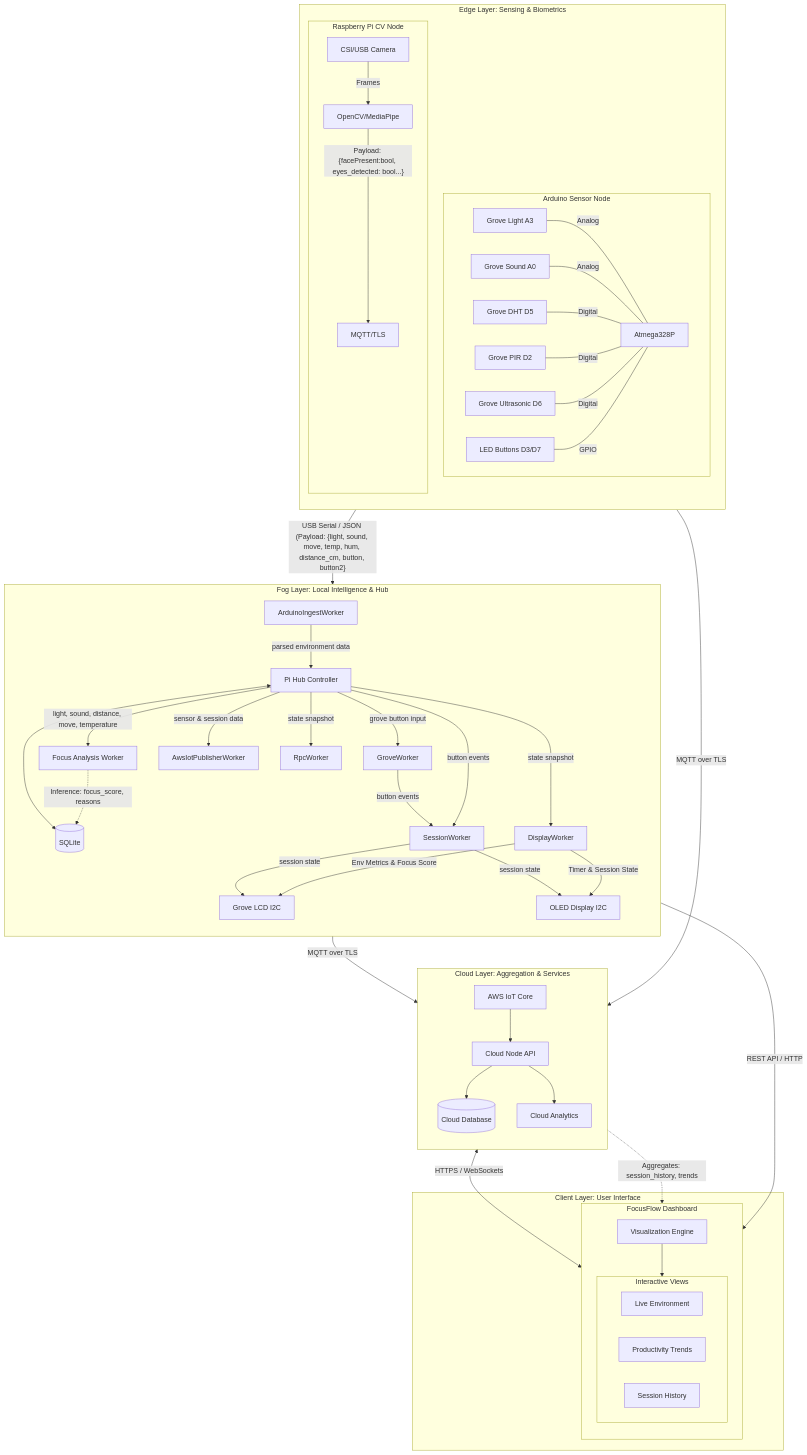
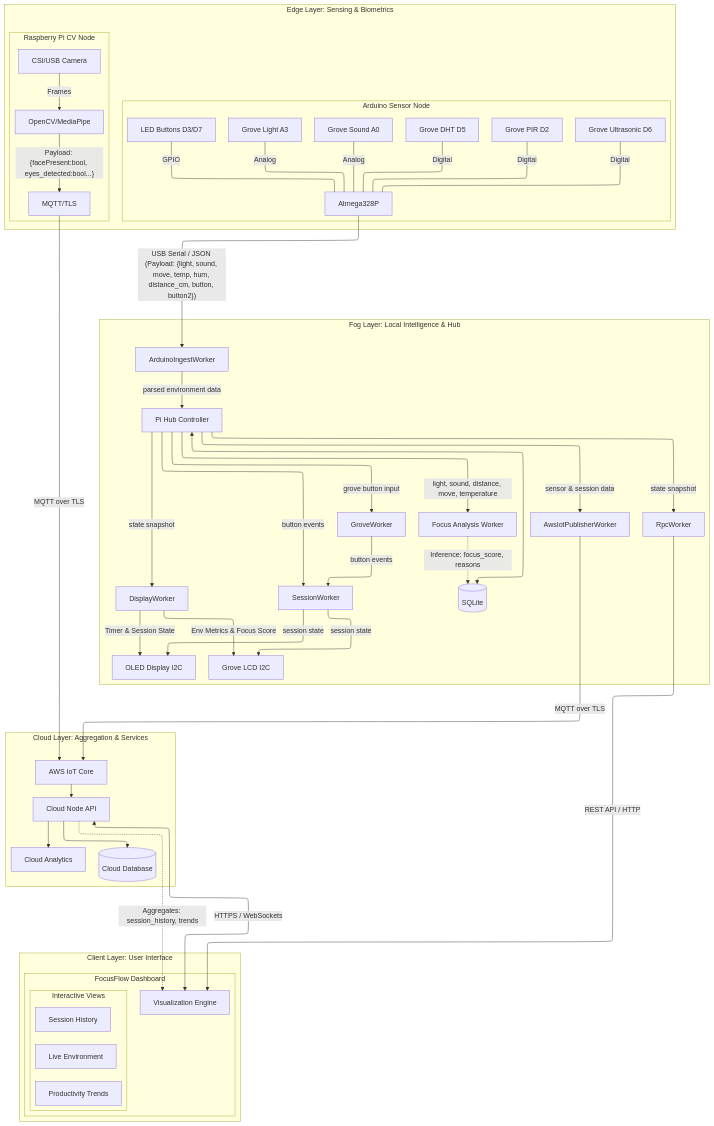
Before and after one commit to MichalisCYP/CMT223: the diagram in docs/2. Architecture and Design/SystemArchitecture.md, drawn with Mermaid. The commit also changed 3 other files, not shown here.

````diff
--- a/docs/2. Architecture and Design/SystemArchitecture.md
+++ b/docs/2. Architecture and Design/SystemArchitecture.md
@@ -7,89 +7,98 @@
 ```mermaid
+%%{init: {"flowchart": {"defaultRenderer": "elk", "htmlLabels": true}}}%%
 flowchart TB
- subgraph ARD["Arduino Sensor Node"]
-    direction LR
-        MCU["Atmega328P"]
-        S1["Grove Light A3"]
-        S2["Grove Sound A0"]
-        S3["Grove DHT D5"]
-        S4["Grove PIR D2"]
-        S5["Grove Ultrasonic D6"]
-        A1["LED Buttons D3/D7"]
-  end
- subgraph CV["Raspberry Pi CV Node"]
-        PROC["OpenCV/MediaPipe"]
-        CAM["CSI/USB Camera"]
-        SEC1["MQTT/TLS"]
-  end
- subgraph EDGE["Edge Layer: Sensing & Biometrics"]
-    direction TB
-        ARD
-        CV
-  end
- subgraph FOG["Fog Layer: Local Intelligence & Hub"]
-    direction TB
+    %% LAYOUT CONTROL
+    subgraph EDGE["Edge Layer: Sensing & Biometrics"]
+        direction LR
+        subgraph ARD["Arduino Sensor Node"]
+            direction TB
+            MCU["Atmega328P"]
+            S1["Grove Light A3"]
+            S2["Grove Sound A0"]
+            S3["Grove DHT D5"]
+            S4["Grove PIR D2"]
+            S5["Grove Ultrasonic D6"]
+            A1["LED Buttons D3/D7"]
+        end
+        subgraph CV["Raspberry Pi CV Node"]
+            direction TB
+            CAM["CSI/USB Camera"]
+            PROC["OpenCV/MediaPipe"]
+            SEC1["MQTT/TLS"]
+        end
+    end
+
+    subgraph FOG["Fog Layer: Local Intelligence & Hub"]
+        direction LR
         HUB["Pi Hub Controller"]
         DB1[("SQLite")]
         ALGO["Focus Analysis Worker"]
         INGEST["ArduinoIngestWorker"]
-            GROVE["GroveWorker"]
+        GROVE["GroveWorker"]
         SESSION["SessionWorker"]
         DIS["DisplayWorker"]
         PUB["AwsIotPublisherWorker"]
         RPC["RpcWorker"]
         LCD["Grove LCD I2C"]
         OLED["OLED Display I2C"]
-  end
- subgraph CLOUD["Cloud Layer: Aggregation & Services"]
-    direction TB
+    end
+
+    subgraph CLOUD["Cloud Layer: Aggregation & Services"]
+        direction LR
         IOT["AWS IoT Core"]
         API["Cloud Node API"]
         DB2[("Cloud Database")]
         ANL["Cloud Analytics"]
-  end
- subgraph VIEWS["Interactive Views"]
-    direction LR
-        LIVE["Live Environment"]
-        TRND["Productivity Trends"]
-        HIST["Session History"]
-  end
- subgraph DASH["FocusFlow Dashboard"]
-    direction TB
-        VZN["Visualization Engine"]
-        VIEWS
-  end
- subgraph CLIENT["Client Layer: User Interface"]
-        DASH
-  end
+    end
+
+    subgraph CLIENT["Client Layer: User Interface"]
+        direction TB
+        subgraph DASH["FocusFlow Dashboard"]
+            direction TB
+            VZN["Visualization Engine"]
+            subgraph VIEWS["Interactive Views"]
+                direction LR
+                LIVE["Live Environment"]
+                TRND["Productivity Trends"]
+                HIST["Session History"]
+            end
+        end
+    end
+
+    %% CONNECTIONS
     S1 -- Analog --- MCU
     S2 -- Analog --- MCU
     S3 -- Digital --- MCU
     S4 -- Digital --- MCU
     S5 -- Digital --- MCU
     A1 -- GPIO --- MCU
+
     CAM -- Frames --> PROC
-    PROC -- "Payload: {facePresent:bool, eyes_detected: bool...}" --> SEC1
+    PROC -- "Payload: {facePresent:bool, eyes_detected:bool...}" --> SEC1
+
+    MCU -- "USB Serial / JSON (Payload: {light, sound, move, temp, hum, distance_cm, button, button2})" --> INGEST
+    INGEST -- parsed environment data --> HUB
+    HUB -- light, sound, distance, move, temperature --> ALGO
+    HUB -- grove button input --> GROVE
+    GROVE -- button events --> SESSION
+    HUB -- button events --> SESSION
     HUB <--> DB1
-    HUB -- light, sound, distance, move, temperature --> ALGO
-      HUB -- grove button input --> GROVE
-      GROVE -- button events --> SESSION
-    HUB -- button events --> SESSION
+    ALGO -. "Inference: focus_score, reasons" .-> DB1
+
     SESSION -- session state --> LCD
     SESSION -- session state --> OLED
     HUB -- state snapshot --> DIS
-    DIS -- Env Metrics & Focus Score --> LCD
-    DIS -- Timer &amp; Session State --> OLED
+    DIS -- "Env Metrics & Focus Score" --> LCD
+    DIS -- "Timer & Session State" --> OLED
+
+    HUB -- state snapshot --> RPC
+    RPC -- "REST API / HTTP" --> VZN
+    API <-- "HTTPS / WebSockets" --> VZN
+    API -. "Aggregates: session_history, trends" .-> VZN
+
+    SEC1 -- "MQTT over TLS" --> IOT
+    PUB -- "MQTT over TLS" --> IOT
+    HUB -- sensor & session data --> PUB
     IOT --> API
     API --> DB2 & ANL
-    VZN --> VIEWS
-    MCU -- USB Serial / JSON (Payload: {light, sound, move, temp, hum, distance_cm, button, button2} --> INGEST
-    INGEST -- parsed environment data --> HUB
-    SEC1 -- MQTT over TLS --> IOT
-    HUB -- sensor & session data --> PUB
-    PUB -- MQTT over TLS --> IOT
-    HUB -- state snapshot --> RPC
-    RPC -- REST API / HTTP --> VZN
-    API <-- HTTPS / WebSockets --> VZN
-    ALGO -. Inference: focus_score, reasons .-> DB1
-    API -. Aggregates: session_history, trends .-> VZN
 ```
````
